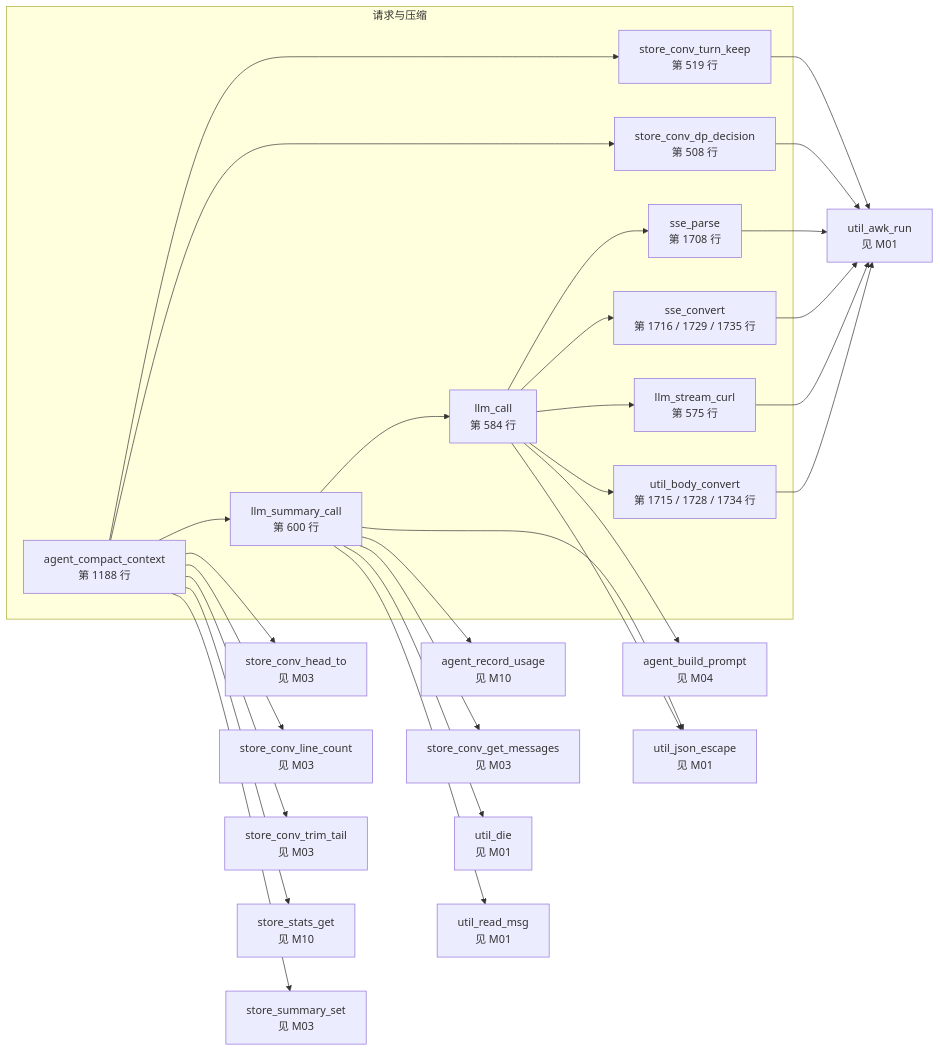
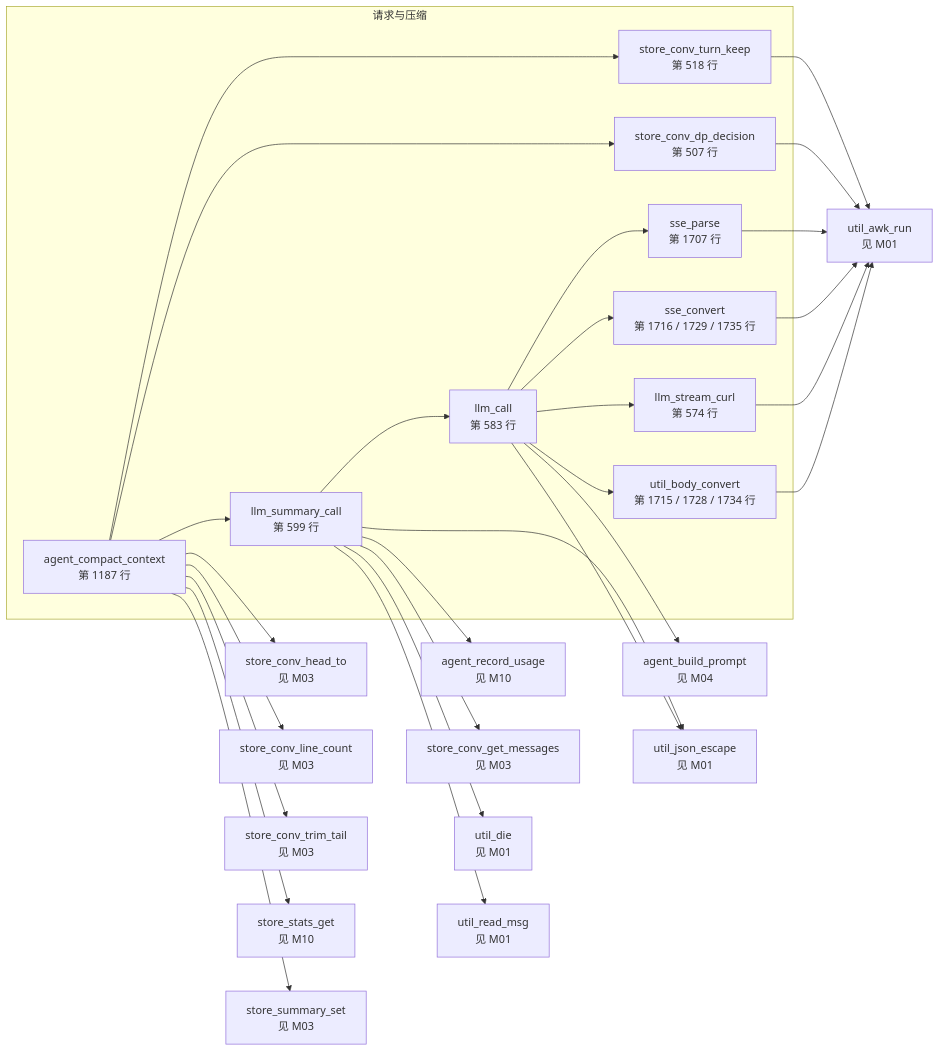
The eighth of 15 diagrams in docs/bash-data-flow.md (lloydzhou/bash-agent), drawn with Mermaid before and after one commit. The commit also changed other lines of this file and 1 other file, not shown here.

````diff
--- a/docs/bash-data-flow.md
+++ b/docs/bash-data-flow.md
@@ -274,52 +274,52 @@
 ```mermaid
 flowchart LR
   subgraph mod_6["请求与压缩"]
-    f_llm_call["llm_call<br/>第 584 行"]
+    f_llm_call["llm_call<br/>第 583 行"]
     f_util_body_convert["util_body_convert<br/>第 1715 / 1728 / 1734 行"]
-    f_llm_stream_curl["llm_stream_curl<br/>第 575 行"]
+    f_llm_stream_curl["llm_stream_curl<br/>第 574 行"]
     f_sse_convert["sse_convert<br/>第 1716 / 1729 / 1735 行"]
-    f_sse_parse["sse_parse<br/>第 1708 行"]
-    f_llm_summary_call["llm_summary_call<br/>第 600 行"]
-    f_agent_compact_context["agent_compact_context<br/>第 1188 行"]
-    f_store_conv_dp_decision["store_conv_dp_decision<br/>第 508 行"]
-    f_store_conv_turn_keep["store_conv_turn_keep<br/>第 519 行"]
+    f_sse_parse["sse_parse<br/>第 1707 行"]
+    f_llm_summary_call["llm_summary_call<br/>第 599 行"]
+    f_agent_compact_context["agent_compact_context<br/>第 1187 行"]
+    f_store_conv_dp_decision["store_conv_dp_decision<br/>第 507 行"]
+    f_store_conv_turn_keep["store_conv_turn_keep<br/>第 518 行"]
   end
   f_agent_build_prompt["agent_build_prompt<br/>见 M04"]
   f_agent_record_usage["agent_record_usage<br/>见 M10"]
   f_store_conv_get_messages["store_conv_get_messages<br/>见 M03"]
   f_store_conv_head_to["store_conv_head_to<br/>见 M03"]
   f_store_conv_line_count["store_conv_line_count<br/>见 M03"]
   f_store_conv_trim_tail["store_conv_trim_tail<br/>见 M03"]
   f_store_stats_get["store_stats_get<br/>见 M10"]
   f_store_summary_set["store_summary_set<br/>见 M03"]
   f_util_awk_run["util_awk_run<br/>见 M01"]
   f_util_die["util_die<br/>见 M01"]
   f_util_json_escape["util_json_escape<br/>见 M01"]
   f_util_read_msg["util_read_msg<br/>见 M01"]
   f_llm_call --> f_agent_build_prompt
   f_llm_call --> f_util_json_escape
   f_llm_call --> f_util_body_convert
   f_llm_call --> f_llm_stream_curl
   f_llm_call --> f_sse_convert
   f_llm_call --> f_sse_parse
   f_util_body_convert --> f_util_awk_run
   f_llm_stream_curl --> f_util_awk_run
   f_sse_convert --> f_util_awk_run
   f_sse_parse --> f_util_awk_run
   f_llm_summary_call --> f_store_conv_get_messages
   f_llm_summary_call --> f_util_json_escape
   f_llm_summary_call --> f_util_read_msg
   f_llm_summary_call --> f_llm_call
   f_llm_summary_call --> f_agent_record_usage
   f_llm_summary_call --> f_util_die
   f_agent_compact_context --> f_store_conv_dp_decision
   f_agent_compact_context --> f_store_stats_get
   f_agent_compact_context --> f_store_conv_line_count
   f_agent_compact_context --> f_store_conv_turn_keep
   f_agent_compact_context --> f_store_conv_head_to
   f_agent_compact_context --> f_llm_summary_call
   f_agent_compact_context --> f_store_summary_set
   f_agent_compact_context --> f_store_conv_trim_tail
   f_store_conv_dp_decision --> f_util_awk_run
   f_store_conv_turn_keep --> f_util_awk_run
 ```
````
